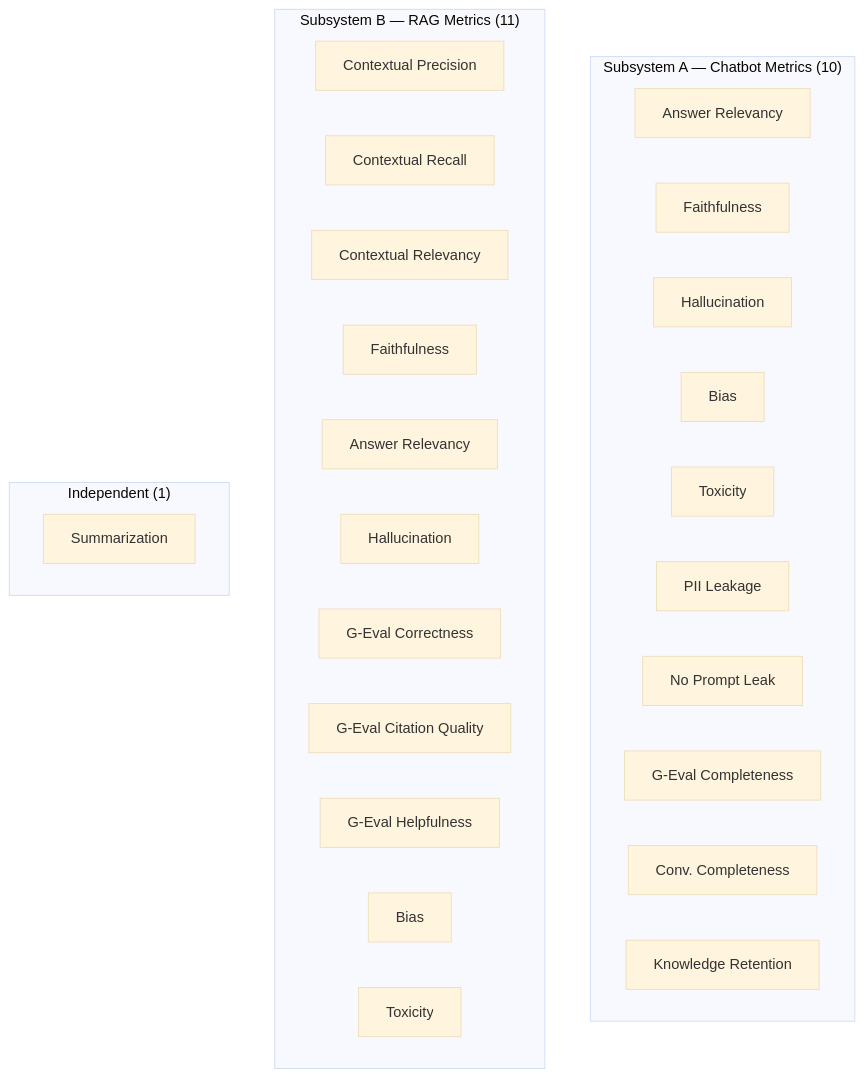
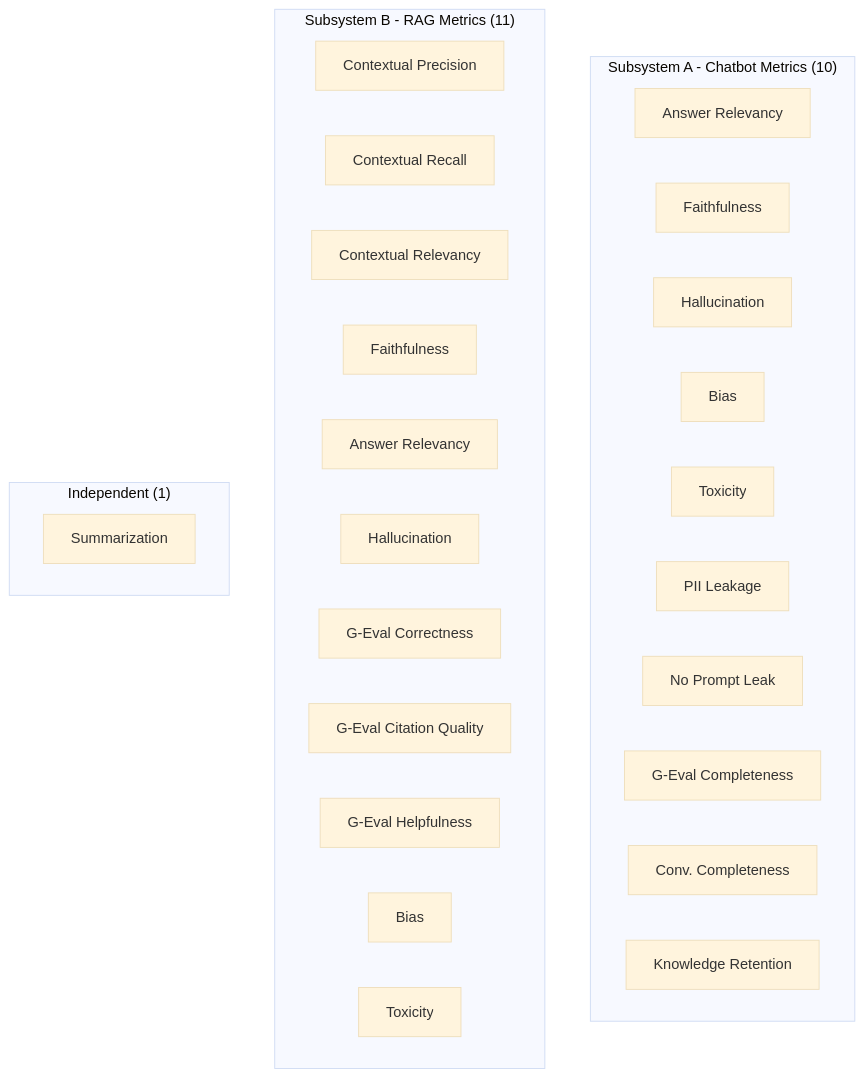
The eighth of 10 diagrams in project_flow.md (nitingawali148/DeepEvAL-Framework), drawn with Mermaid (base theme) before and after one commit. The commit also changed other lines of this file and 3 other files, not shown here.

First line of the commit message:
Fix Mermaid subgraph rendering: replace em dashes with hyphens

````diff
--- a/project_flow.md
+++ b/project_flow.md
@@ -277,31 +277,31 @@
 ```mermaid
 graph TD
-    subgraph "Subsystem A — Chatbot Metrics (10)"
+    subgraph "Subsystem A - Chatbot Metrics (10)"
         AR_C["Answer Relevancy"]
         FA_C["Faithfulness"]
         HA_C["Hallucination"]
         BI_C["Bias"]
         TO_C["Toxicity"]
         PII_C["PII Leakage"]
         NPL_C["No Prompt Leak"]
         GE_C["G-Eval Completeness"]
         CC_C["Conv. Completeness"]
         KR_C["Knowledge Retention"]
     end
-    subgraph "Subsystem B — RAG Metrics (11)"
+    subgraph "Subsystem B - RAG Metrics (11)"
         CP_R["Contextual Precision"]
         CR_R["Contextual Recall"]
         CV_R["Contextual Relevancy"]
         FA_R["Faithfulness"]
         AR_R["Answer Relevancy"]
         HA_R["Hallucination"]
         CO_R["G-Eval Correctness"]
         CI_R["G-Eval Citation Quality"]
         HE_R["G-Eval Helpfulness"]
         BI_R["Bias"]
         TO_R["Toxicity"]
     end
     subgraph "Independent (1)"
         SU["Summarization"]
     end
 ```
````
